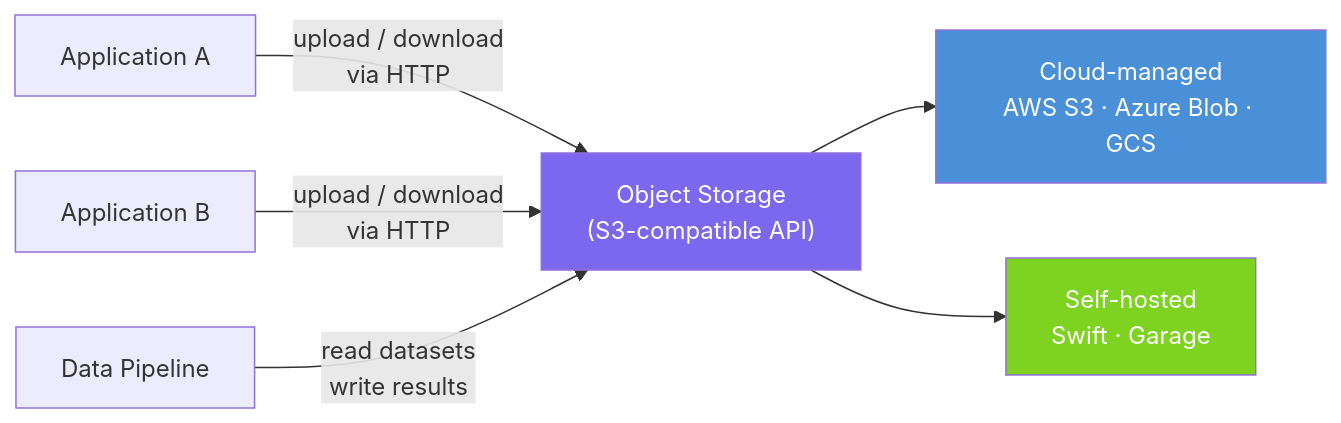
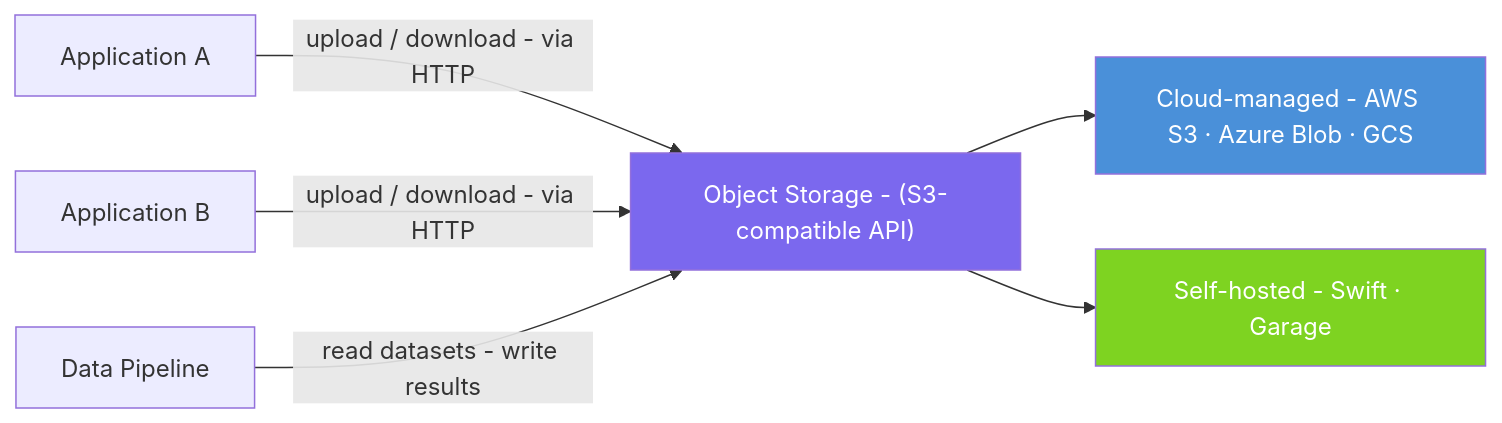
The fourth of 5 diagrams in pages/Data_storage.qmd (abecam/DeKCD-DMOnTheCloud), drawn with Mermaid before and after one commit. The commit also changed other lines of this file, not shown here.

Commit message:
Fixed mermaid schemas (\n replaced to -).

````diff
--- a/pages/Data_storage.qmd
+++ b/pages/Data_storage.qmd
@@ -201,20 +201,20 @@
 ```{mermaid}
 flowchart LR
     App1[Application A]
     App2[Application B]
     App3[Data Pipeline]
 
-    OS["Object Storage\n(S3-compatible API)"]
-    CLD["Cloud-managed\nAWS S3 · Azure Blob · GCS"]
-    SH["Self-hosted\nSwift · Garage"]
+    OS["Object Storage - (S3-compatible API)"]
+    CLD["Cloud-managed - AWS S3 · Azure Blob · GCS"]
+    SH["Self-hosted - Swift · Garage"]
 
-    App1 -->|"upload / download\nvia HTTP"| OS
-    App2 -->|"upload / download\nvia HTTP"| OS
-    App3 -->|"read datasets\nwrite results"| OS
+    App1 -->|"upload / download - via HTTP"| OS
+    App2 -->|"upload / download - via HTTP"| OS
+    App3 -->|"read datasets - write results"| OS
     OS --> CLD
     OS --> SH
 
     style OS fill:#7B68EE,color:#fff
     style CLD fill:#4A90D9,color:#fff
     style SH fill:#7ED321,color:#fff
 ```
````
